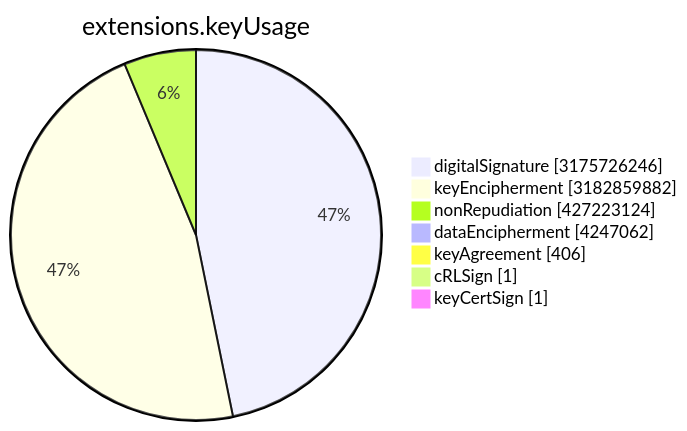
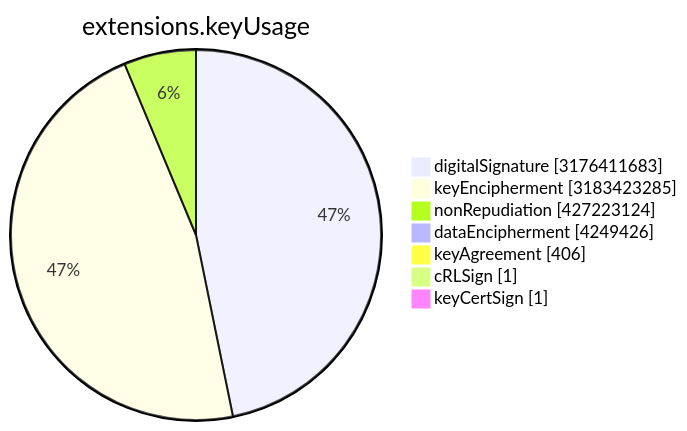
Before and after one commit to christiankrug/ctmonitor_visualization: the sixth of 15 diagrams in TOTAL/README.md, drawn with Mermaid. The commit also changed other lines of this file, not shown here.

````diff
--- a/TOTAL/README.md
+++ b/TOTAL/README.md
@@ -3077,11 +3077,11 @@
 ```mermaid
 pie showData
 title extensions.keyUsage
-"digitalSignature" :3175726246
-"keyEncipherment" :3182859882
+"digitalSignature" :3176411683
+"keyEncipherment" :3183423285
 "nonRepudiation" :427223124
-"dataEncipherment" :4247062
+"dataEncipherment" :4249426
 "keyAgreement" :406
 "cRLSign" :1
 "keyCertSign" :1
 ```
````
